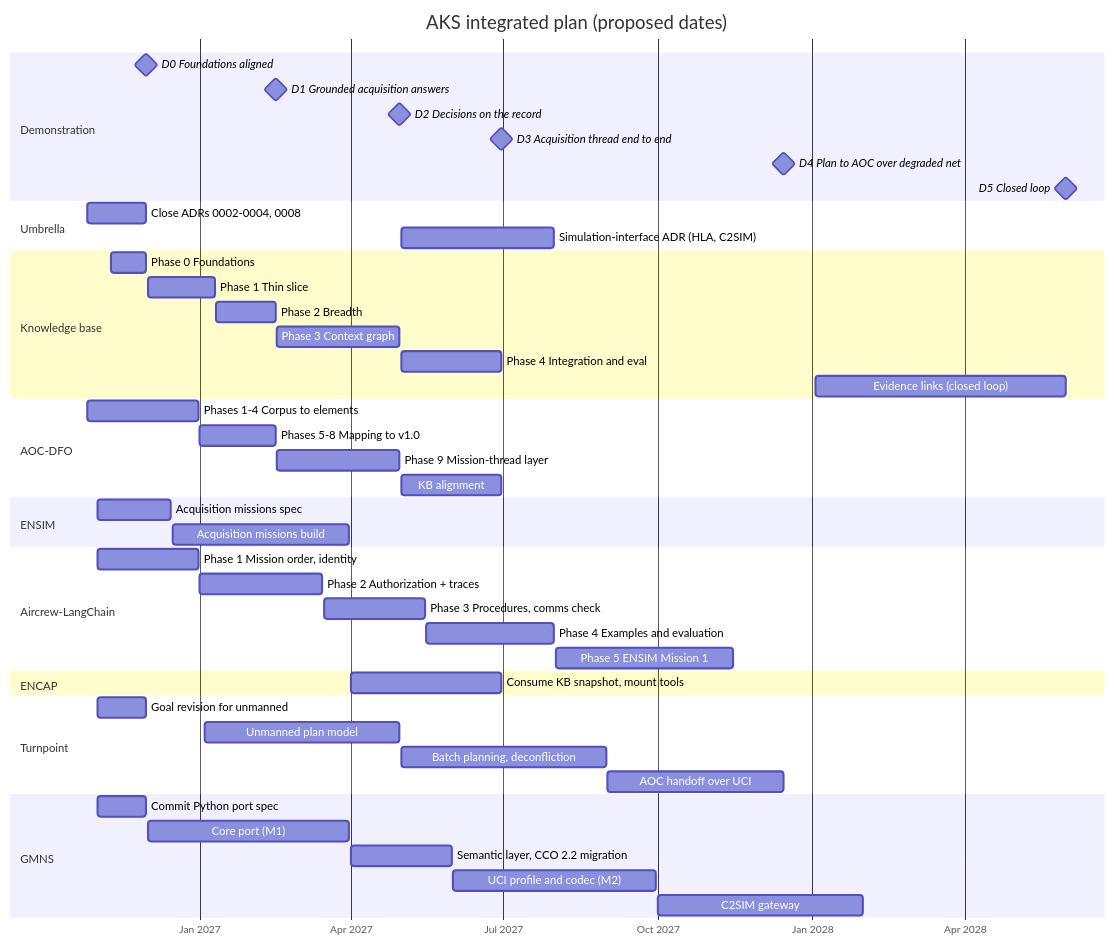
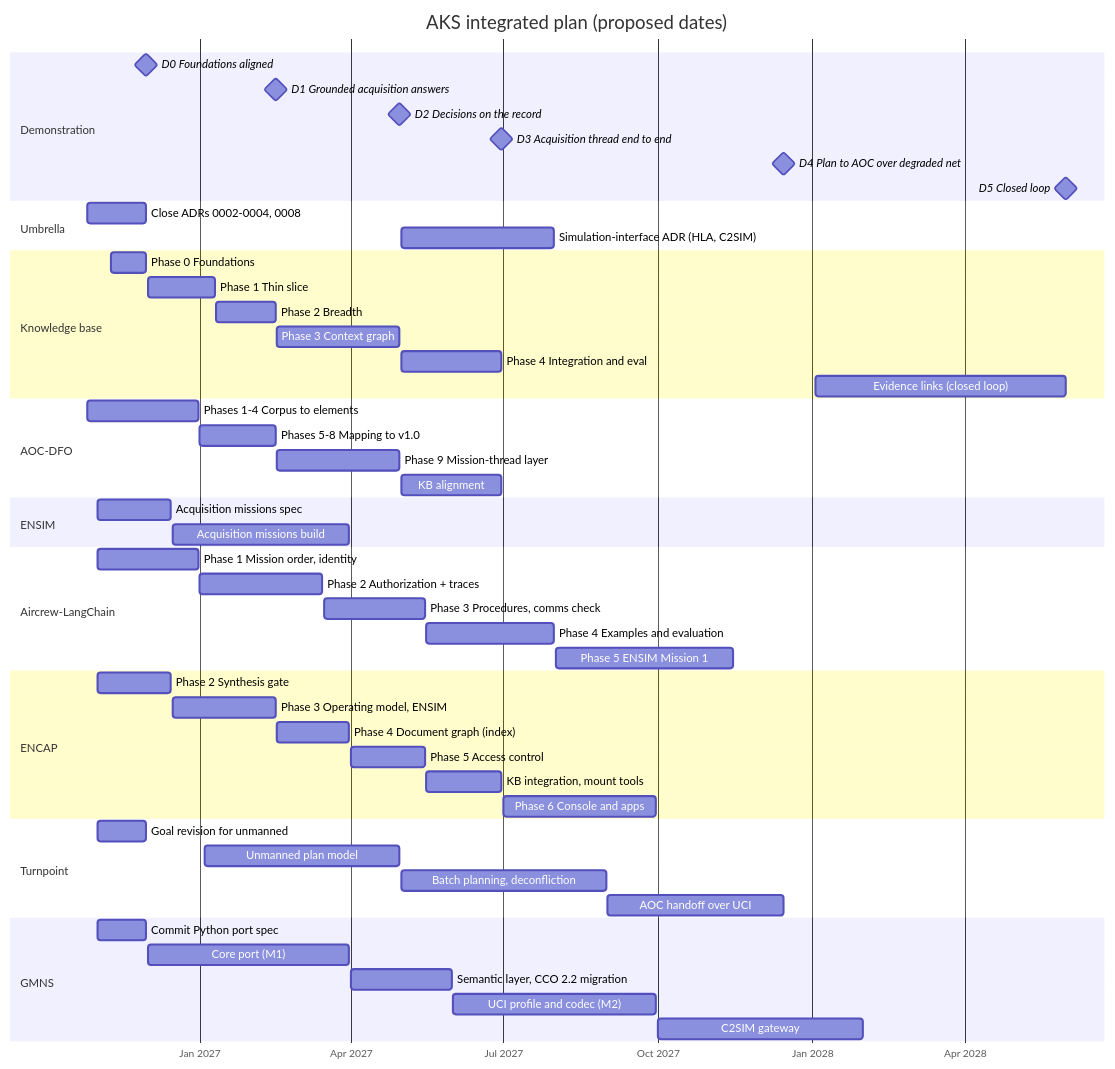
The first of 2 diagrams in docs/integrated-plan.md (semanticarchitectures/acquisition-knowledge-system), drawn with Mermaid before and after one commit. The commit also changed other lines of this file and 2 other files, not shown here.

````diff
--- a/docs/integrated-plan.md
+++ b/docs/integrated-plan.md
@@ -31,59 +31,64 @@
 ```mermaid
 gantt
   title AKS integrated plan (proposed dates)
   dateFormat YYYY-MM-DD
   axisFormat %b %Y
 
   section Demonstration
   D0 Foundations aligned            :milestone, d0, 2026-11-30, 0d
   D1 Grounded acquisition answers   :milestone, d1, 2027-02-15, 0d
   D2 Decisions on the record        :milestone, d2, 2027-04-30, 0d
   D3 Acquisition thread end to end  :milestone, d3, 2027-06-30, 0d
   D4 Plan to AOC over degraded net  :milestone, d4, 2027-12-15, 0d
   D5 Closed loop                    :milestone, d5, 2028-05-31, 0d
 
   section Umbrella
   Close ADRs 0002-0004, 0008        :u1, 2026-10-26, 2026-11-30
   Simulation-interface ADR (HLA, C2SIM) :u2, 2027-05-01, 2027-07-31
 
   section Knowledge base
   Phase 0 Foundations               :kb0, 2026-11-09, 2026-11-30
   Phase 1 Thin slice                :kb1, 2026-12-01, 2027-01-10
   Phase 2 Breadth                   :kb2, 2027-01-11, 2027-02-15
   Phase 3 Context graph             :kb3, 2027-02-16, 2027-04-30
   Phase 4 Integration and eval      :kb4, 2027-05-01, 2027-06-30
   Evidence links (closed loop)      :kb5, 2028-01-03, 2028-05-31
 
   section AOC-DFO
   Phases 1-4 Corpus to elements     :ao1, 2026-10-26, 2026-12-31
   Phases 5-8 Mapping to v1.0        :ao2, 2027-01-01, 2027-02-15
   Phase 9 Mission-thread layer      :ao3, 2027-02-16, 2027-04-30
   KB alignment                      :ao4, 2027-05-01, 2027-06-30
 
   section ENSIM
   Acquisition missions spec         :en1, 2026-11-01, 2026-12-15
   Acquisition missions build        :en2, 2026-12-16, 2027-03-31
 
   section Aircrew-LangChain
   Phase 1 Mission order, identity   :al1, 2026-11-01, 2026-12-31
   Phase 2 Authorization + traces    :al2, 2027-01-01, 2027-03-15
   Phase 3 Procedures, comms check   :al3, 2027-03-16, 2027-05-15
   Phase 4 Examples and evaluation   :al4, 2027-05-16, 2027-07-31
   Phase 5 ENSIM Mission 1           :al5, 2027-08-01, 2027-11-15
 
   section ENCAP
-  Consume KB snapshot, mount tools  :ec1, 2027-04-01, 2027-06-30
+  Phase 2 Synthesis gate            :ec2, 2026-11-01, 2026-12-15
+  Phase 3 Operating model, ENSIM    :ec3, 2026-12-16, 2027-02-15
+  Phase 4 Document graph (index)    :ec4, 2027-02-16, 2027-03-31
+  Phase 5 Access control            :ec5, 2027-04-01, 2027-05-15
+  KB integration, mount tools       :ec6, 2027-05-16, 2027-06-30
+  Phase 6 Console and apps          :ec7, 2027-07-01, 2027-09-30
 
   section Turnpoint
   Goal revision for unmanned        :tp0, 2026-11-01, 2026-11-30
   Unmanned plan model               :tp1, 2027-01-04, 2027-04-30
   Batch planning, deconfliction     :tp2, 2027-05-01, 2027-08-31
   AOC handoff over UCI              :tp3, 2027-09-01, 2027-12-15
 
   section GMNS
   Commit Python port spec           :gm0, 2026-11-01, 2026-11-30
   Core port (M1)                    :gm1, 2026-12-01, 2027-03-31
   Semantic layer, CCO 2.2 migration :gm2, 2027-04-01, 2027-05-31
   UCI profile and codec (M2)        :gm3, 2027-06-01, 2027-09-30
   C2SIM gateway                     :gm4, 2027-10-01, 2028-01-31
 ```
````
